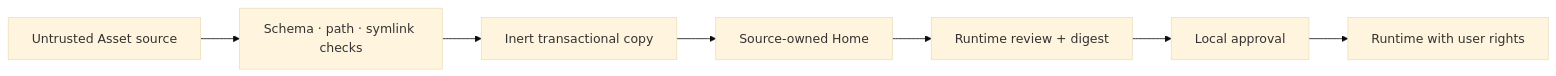
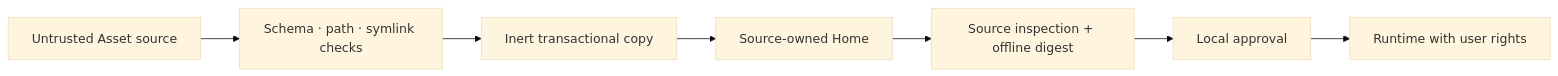
The diagram in SECURITY.md (thevzion/endroit), drawn with Mermaid (base theme) before and after one commit. The commit also changed other lines of this file and 29 other files, not shown here.

````diff
--- a/SECURITY.md
+++ b/SECURITY.md
@@ -10,9 +10,9 @@
 ```mermaid
 flowchart LR
   source["Untrusted Asset source"] --> validate["Schema · path · symlink checks"]
   validate --> copy["Inert transactional copy"]
   copy --> home["Source-owned Home"]
-  home --> review["Runtime review + digest"]
+  home --> review["Source inspection + offline digest"]
   review --> approval["Local approval"]
   approval --> execute["Runtime with user rights"]
 ```
````
